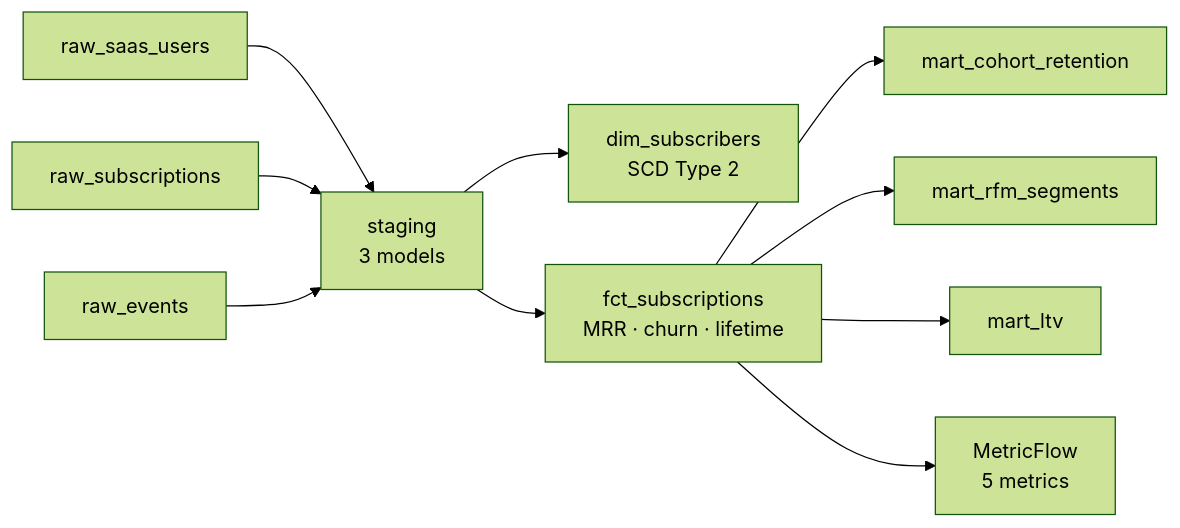
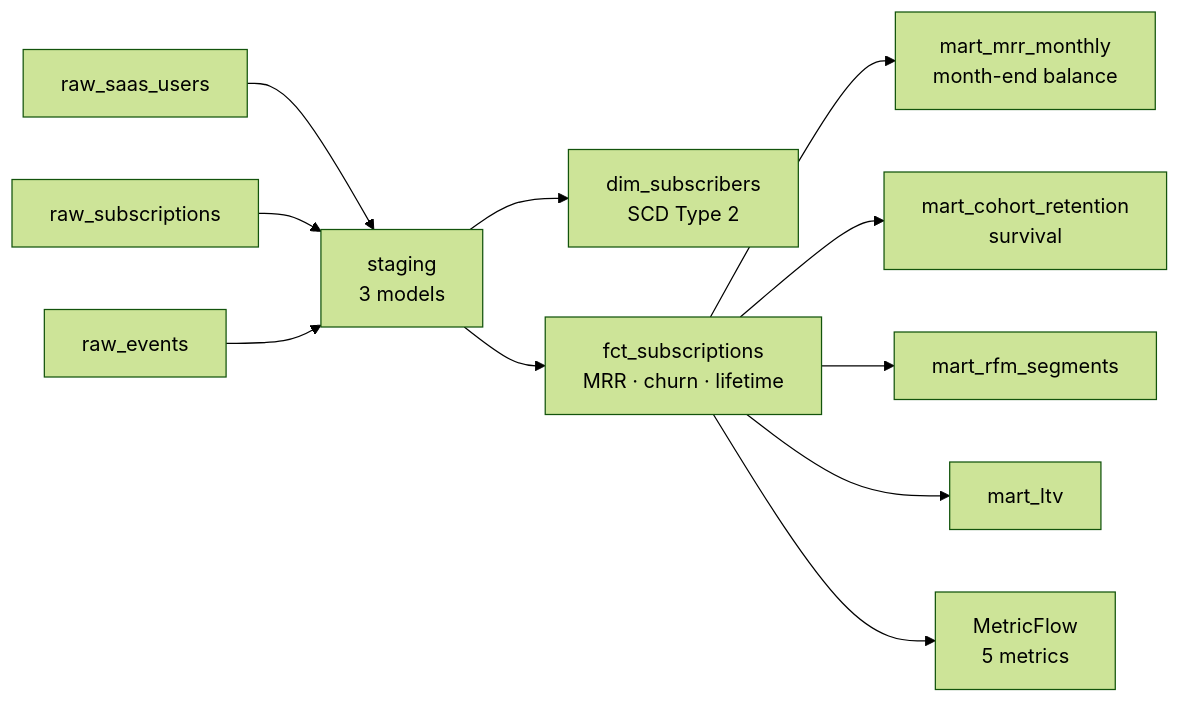
Before and after one commit to Seinokojii/analytics-engineer-roadmap: the second of 3 diagrams in README.md, drawn with Mermaid (forest theme). The commit also changed other lines of this file, not shown here.

````diff
--- a/README.md
+++ b/README.md
@@ -86,12 +91,13 @@
 ```mermaid
 flowchart LR
     S1[raw_saas_users] --> ST[staging<br/>3 models]
     S2[raw_subscriptions] --> ST
     S3[raw_events] --> ST
     ST --> D[dim_subscribers<br/>SCD Type 2]
     ST --> F[fct_subscriptions<br/>MRR · churn · lifetime]
-    F --> C[mart_cohort_retention]
+    F --> MM[mart_mrr_monthly<br/>month-end balance]
+    F --> C[mart_cohort_retention<br/>survival]
     F --> R[mart_rfm_segments]
     F --> L[mart_ltv]
     F --> M[MetricFlow<br/>5 metrics]
 ```
````
